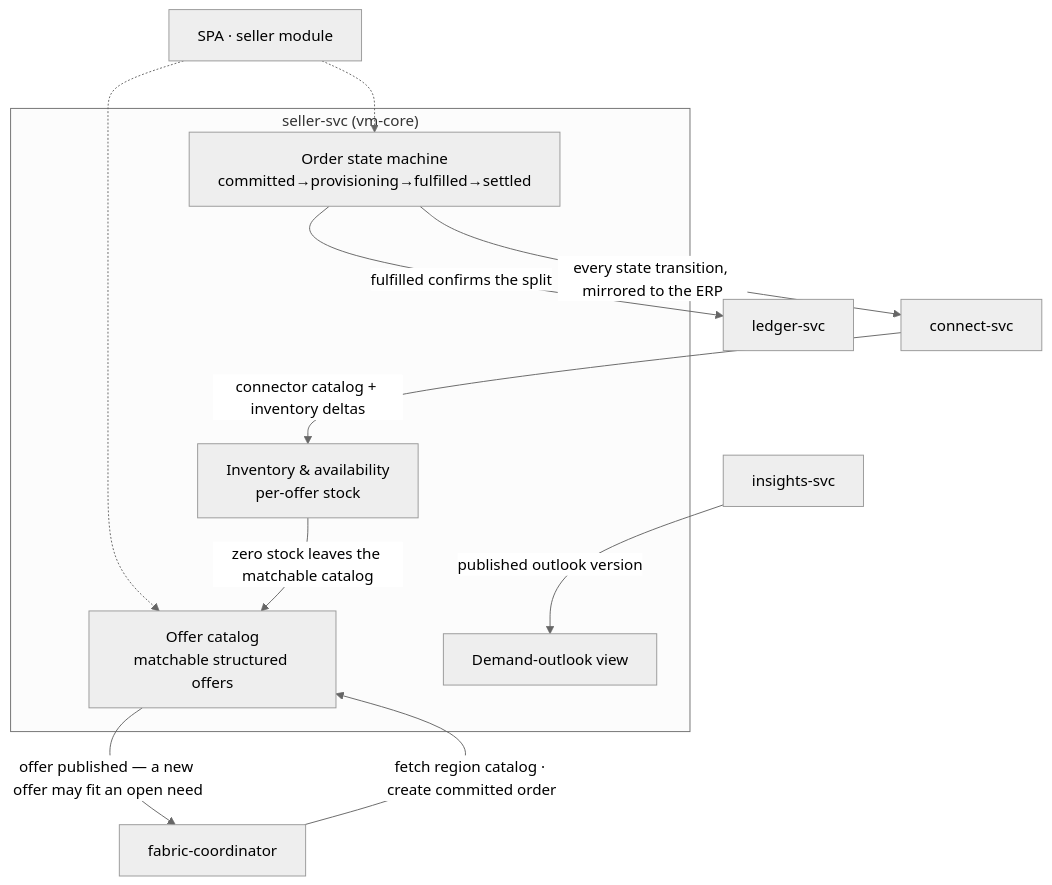
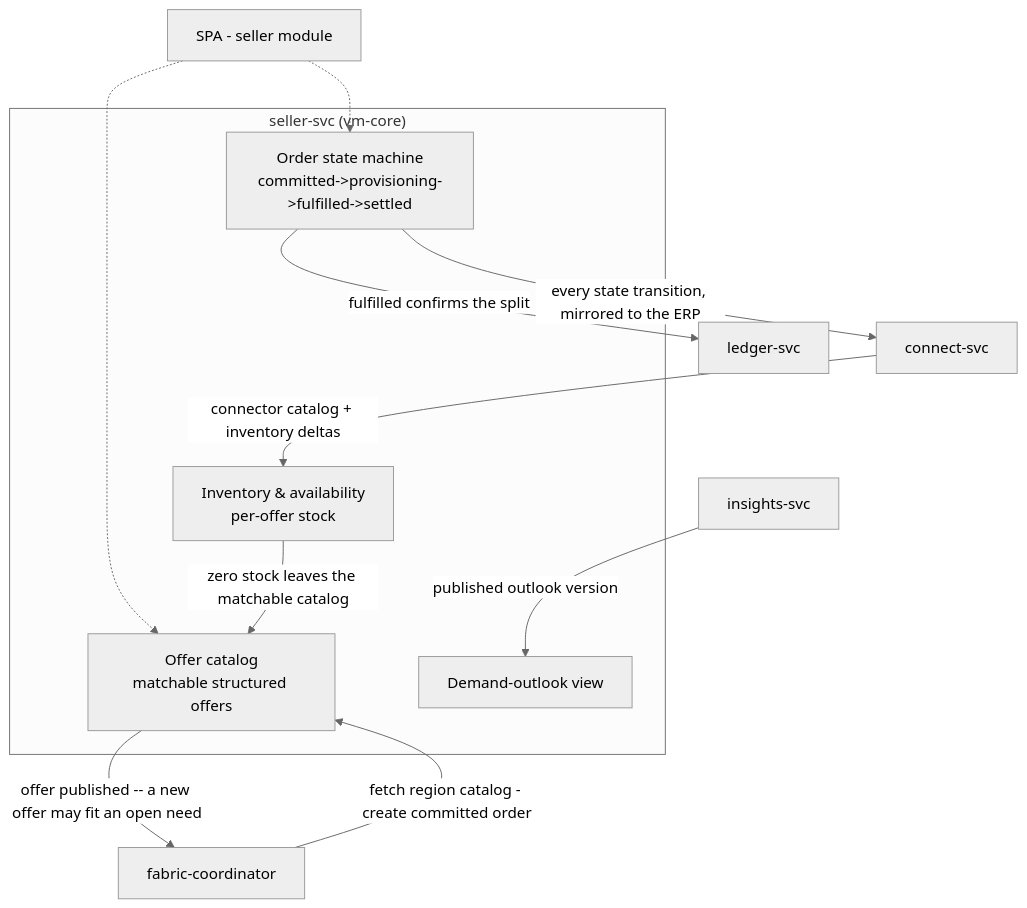
One commit to alius-git/amisad.dev changed the diagram in plan/design/03-seller.md. Above: the diagram before and after it, drawn with Mermaid (neutral theme). The commit also changed other lines of this file and 44 other files, not shown here.

````diff
--- a/plan/design/03-seller.md
+++ b/plan/design/03-seller.md
@@ -7,24 +7,24 @@
 ```mermaid
 flowchart TD
     subgraph svc["seller-svc (vm-core)"]
         catalog["Offer catalog<br/>matchable structured offers"]
         inventory["Inventory & availability<br/>per-offer stock"]
-        orders["Order state machine<br/>committed→provisioning→fulfilled→settled"]
+        orders["Order state machine<br/>committed->provisioning->fulfilled->settled"]
         outlook["Demand-outlook view"]
     end
-    spa["SPA · seller module"]
+    spa["SPA - seller module"]
     coordinator["fabric-coordinator"]
     connect["connect-svc"]
     ledger["ledger-svc"]
     insights["insights-svc"]
 
     spa -.-> catalog
     spa -.-> orders
-    coordinator -->|"fetch region catalog · create committed order"| catalog
-    catalog -->|"offer published — a new offer may fit an open need"| coordinator
+    coordinator -->|"fetch region catalog - create committed order"| catalog
+    catalog -->|"offer published -- a new offer may fit an open need"| coordinator
     inventory -->|"zero stock leaves the matchable catalog"| catalog
     connect -->|"connector catalog + inventory deltas"| inventory
     orders -->|"every state transition, mirrored to the ERP"| connect
     orders -->|"fulfilled confirms the split"| ledger
     insights -->|"published outlook version"| outlook
 ```
````
